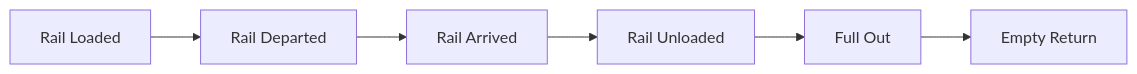
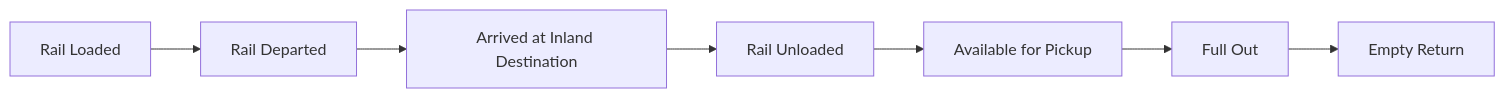
The first of 2 diagrams in docs/api-docs/in-depth-guides/rail-integration-guide.mdx (Terminal49/API), drawn with Mermaid before and after one commit. The commit also changed other lines of this file and 4 other files, not shown here.

````diff
--- a/docs/api-docs/in-depth-guides/rail-integration-guide.mdx
+++ b/docs/api-docs/in-depth-guides/rail-integration-guide.mdx
@@ -29,8 +50,9 @@
 ```mermaid
 graph LR
-    A[Rail Loaded] --> B[Rail Departed]
-    B --> C[Rail Arrived]
-    C --> D[Rail Unloaded]
-    D --> E[Full Out]
-    E --> F[Empty Return]
-  ```
+A[Rail Loaded] --> B[Rail Departed]
+B --> C[Arrived at Inland Destination]
+C --> D[Rail Unloaded]
+D --> G[Available for Pickup]
+G --> E[Full Out]
+E --> F[Empty Return]
+```
````
